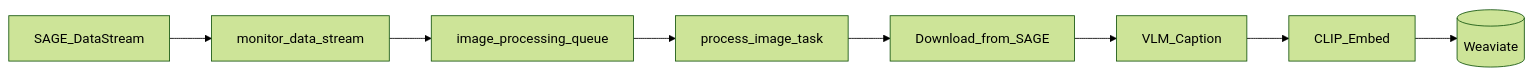
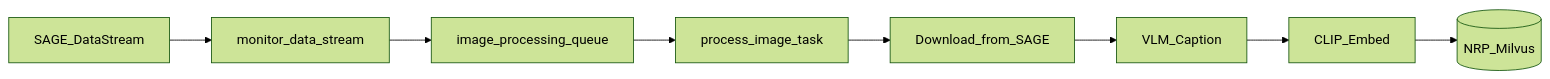
One commit to waggle-sensor/sage-nrp-image-search changed the first of 2 diagrams in docs/architecture.md. Above: the diagram before and after it, drawn with Mermaid (forest theme). The commit also changed other lines of this file and 63 other files, not shown here.

Commit message:
modified image search to use milvus instead of weaviate

````diff
--- a/docs/architecture.md
+++ b/docs/architecture.md
@@ -9,10 +9,10 @@
 ```mermaid
 flowchart LR
     SAGE[SAGE_DataStream] --> Monitor[monitor_data_stream]
     Monitor --> Queue[image_processing_queue]
     Queue --> Process[process_image_task]
     Process --> Download[Download_from_SAGE]
     Download --> Caption[VLM_Caption]
     Caption --> CLIP[CLIP_Embed]
-    CLIP --> Weaviate[(Weaviate)]
+    CLIP --> Milvus[(NRP_Milvus)]
 ```
````
